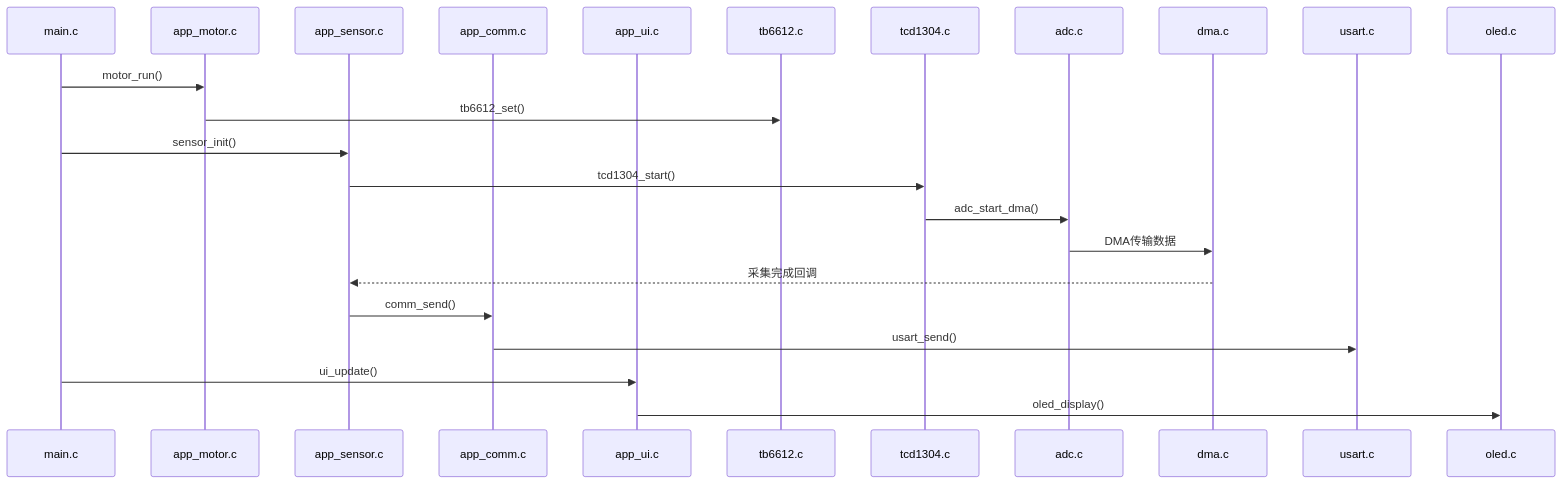
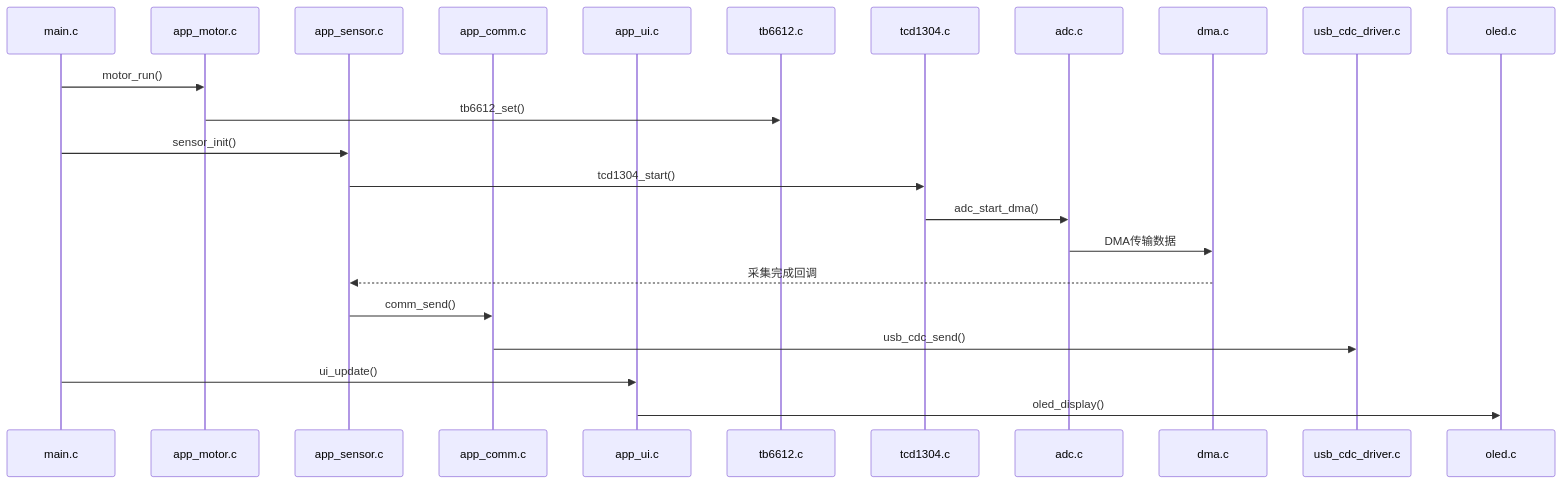
One commit to Ebotian/exp changed the second of 3 diagrams in 004-500/文件结构.md. Above: the diagram before and after it, drawn with Mermaid. The commit also changed other lines of this file and 18 other files, not shown here.

````diff
--- a/004-500/文件结构.md
+++ b/004-500/文件结构.md
@@ -56,26 +56,26 @@
 ```mermaid
 sequenceDiagram
     participant Main as main.c
     participant Motor as app_motor.c
     participant Sensor as app_sensor.c
     participant Comm as app_comm.c
     participant UI as app_ui.c
     participant TB6612 as tb6612.c
     participant TCD1304 as tcd1304.c
     participant ADC as adc.c
     participant DMA as dma.c
-    participant USART as usart.c
+    participant USB_CDC as usb_cdc_driver.c
     participant OLED as oled.c
 
     Main->>Motor: motor_run()
     Motor->>TB6612: tb6612_set()
     Main->>Sensor: sensor_init()
     Sensor->>TCD1304: tcd1304_start()
     TCD1304->>ADC: adc_start_dma()
     ADC->>DMA: DMA传输数据
     DMA-->>Sensor: 采集完成回调
     Sensor->>Comm: comm_send()
-    Comm->>USART: usart_send()
+    Comm->>USB_CDC: usb_cdc_send()
     Main->>UI: ui_update()
     UI->>OLED: oled_display()
 ```
````
